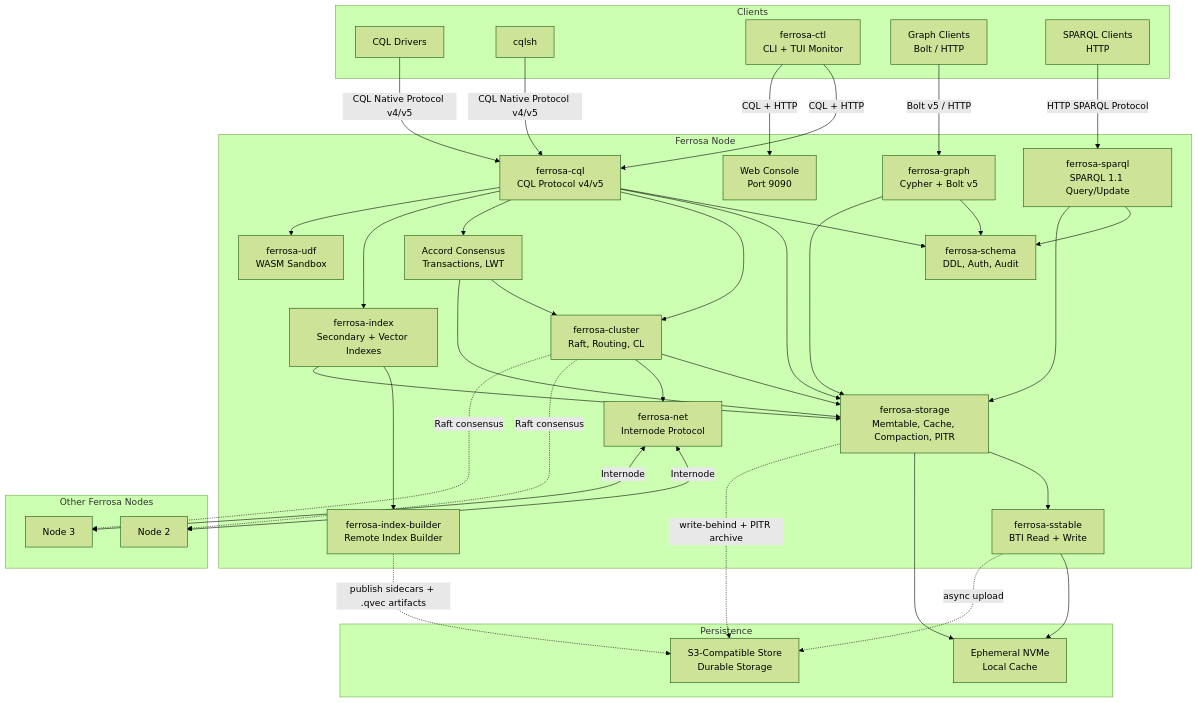
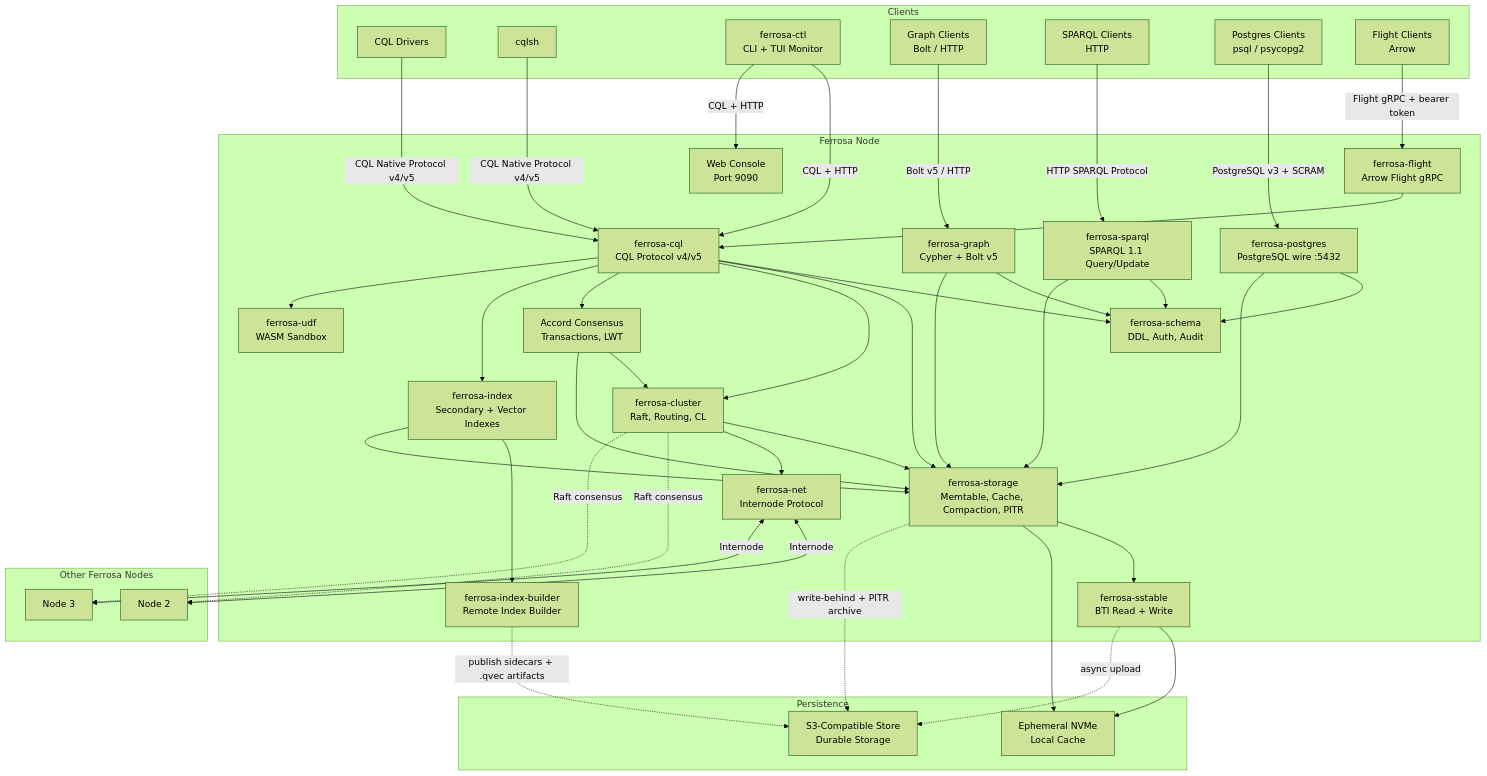
The first of 2 diagrams in specs/reference/overview.md (ferrosadb/ferrosa), drawn with Mermaid (forest theme) before and after one commit. The commit also changed other lines of this file and 3 other files, not shown here.

First line of the commit message:
docs(architect): reconcile reference architecture with current crate set + client surfaces

````diff
--- a/specs/reference/overview.md
+++ b/specs/reference/overview.md
@@ -12,65 +12,74 @@
 ```mermaid
 graph TB
     subgraph Clients
         D1[CQL Drivers]
         D2[cqlsh]
         D3[ferrosa-ctl<br/>CLI + TUI Monitor]
         D4[Graph Clients<br/>Bolt / HTTP]
         D5[SPARQL Clients<br/>HTTP]
+        D6[Postgres Clients<br/>psql / psycopg2]
+        D7[Flight Clients<br/>Arrow]
     end
 
     subgraph "Ferrosa Node"
         CQL[ferrosa-cql<br/>CQL Protocol v4/v5]
+        PG[ferrosa-postgres<br/>PostgreSQL wire :5432]
+        Flight[ferrosa-flight<br/>Arrow Flight gRPC]
         Graph[ferrosa-graph<br/>Cypher + Bolt v5]
         SPARQL[ferrosa-sparql<br/>SPARQL 1.1 Query/Update]
         Schema[ferrosa-schema<br/>DDL, Auth, Audit]
         Cluster[ferrosa-cluster<br/>Raft, Routing, CL]
         Accord[Accord Consensus<br/>Transactions, LWT]
         Index[ferrosa-index<br/>Secondary + Vector Indexes]
         Builder[ferrosa-index-builder<br/>Remote Index Builder]
         UDF[ferrosa-udf<br/>WASM Sandbox]
         Storage[ferrosa-storage<br/>Memtable, Cache, Compaction, PITR]
         SST[ferrosa-sstable<br/>BTI Read + Write]
         Net[ferrosa-net<br/>Internode Protocol]
         Web[Web Console<br/>Port 9090]
     end
 
     subgraph "Persistence"
         NVMe[Ephemeral NVMe<br/>Local Cache]
         S3[S3-Compatible Store<br/>Durable Storage]
     end
 
     subgraph "Other Ferrosa Nodes"
         N2[Node 2]
         N3[Node 3]
     end
 
     D1 & D2 -->|CQL Native Protocol v4/v5| CQL
     D3 -->|CQL + HTTP| CQL & Web
     D4 -->|Bolt v5 / HTTP| Graph
     D5 -->|HTTP SPARQL Protocol| SPARQL
+    D6 -->|PostgreSQL v3 + SCRAM| PG
+    D7 -->|Flight gRPC + bearer token| Flight
+    PG --> Schema
+    PG --> Storage
+    Flight --> CQL
     CQL --> Schema
     CQL --> Storage
     CQL --> Cluster
     CQL --> Accord
     CQL --> Index
     Index --> Builder
     Builder -.->|publish sidecars + .qvec artifacts| S3
     CQL --> UDF
     Graph --> Schema
     Graph --> Storage
     SPARQL --> Schema
     SPARQL --> Storage
     Accord --> Cluster
     Accord --> Storage
     Cluster --> Storage
     Index --> Storage
     Cluster --> Net
     Storage --> SST
     SST --> NVMe
     SST -.->|async upload| S3
     Storage --> NVMe
     Storage -.->|write-behind + PITR archive| S3
     Net <-->|Internode| N2 & N3
     Cluster -.->|Raft consensus| N2 & N3
 ```
````
